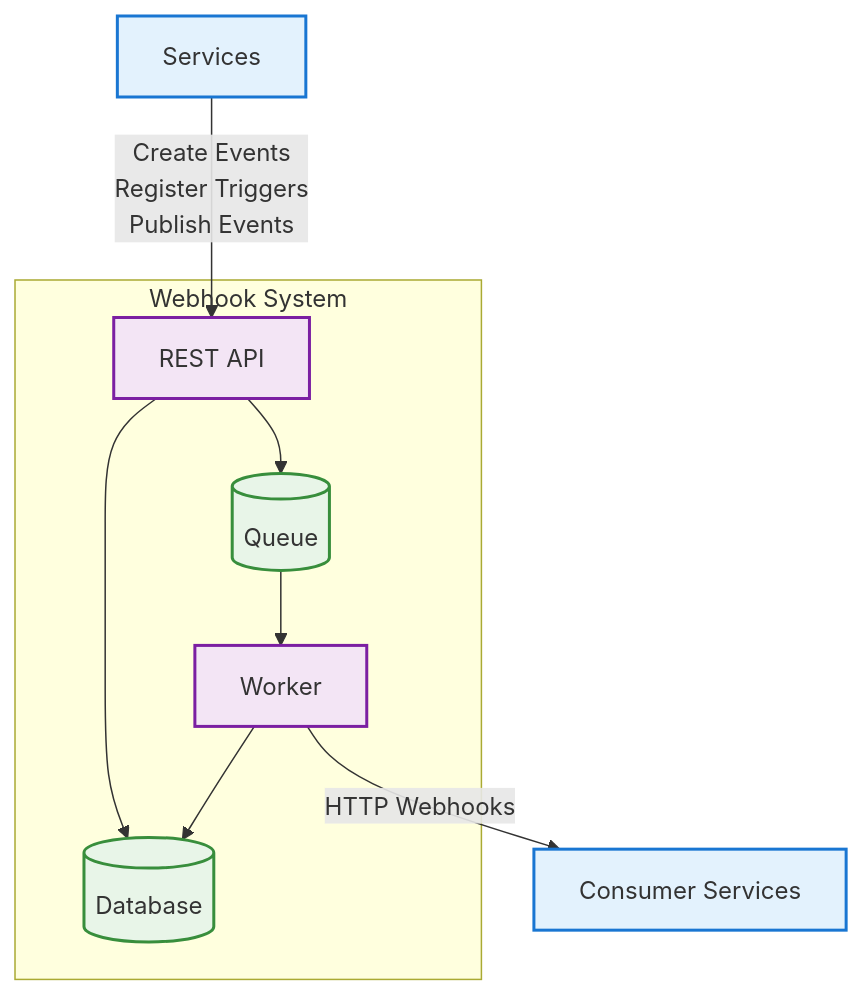
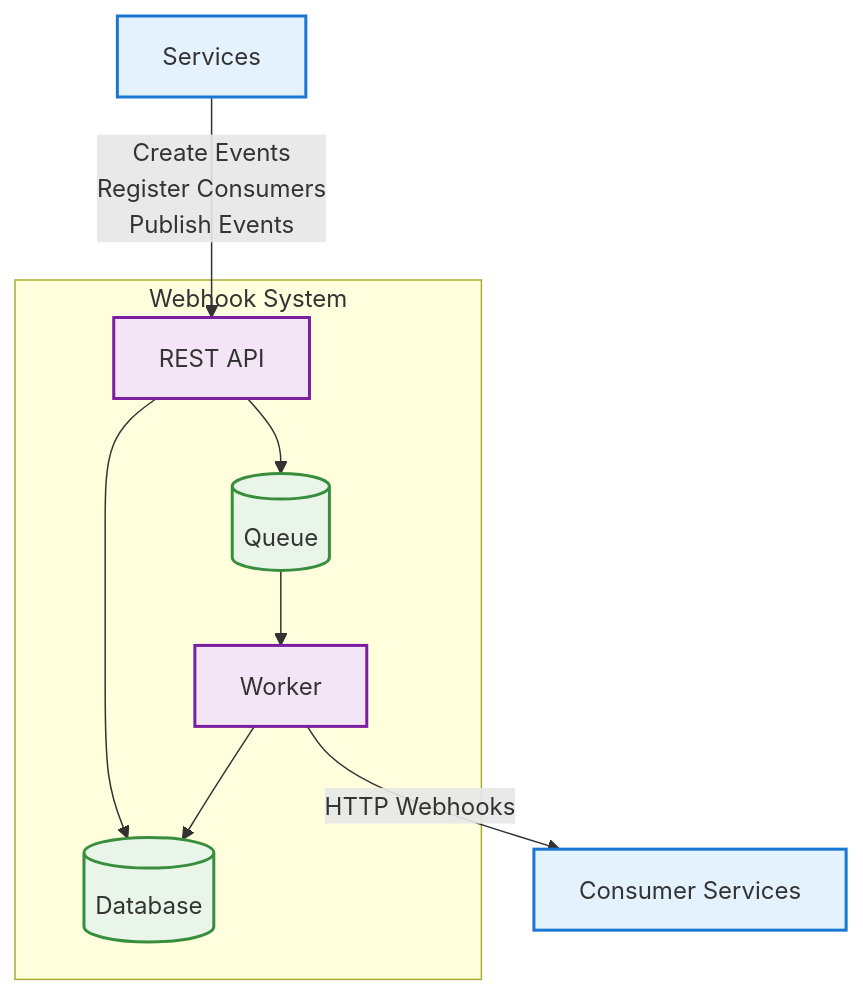
One commit to IsaacDSC/gqueue changed the diagram in README.md. Above: the diagram before and after it, drawn with Mermaid. The commit also changed 22 other files, not shown here.

````diff
--- a/README.md
+++ b/README.md
@@ -113,33 +113,33 @@
 ```mermaid
 graph TB
     %% Services
     Services[Services]
 
     %% Central Webhook System
     subgraph "Webhook System"
         API[REST API]
         Worker[Worker]
         Database[(Database)]
         Queue[(Queue)]
     end
 
     %% Consumers
     Consumers[Consumer Services]
 
     %% Flows
-    Services -->|Create Events<br/>Register Triggers<br/>Publish Events| API
+    Services -->|Create Events<br/>Register Consumers<br/>Publish Events| API
     API --> Database
     API --> Queue
     Queue --> Worker
     Worker --> Database
     Worker -->|HTTP Webhooks| Consumers
 
     %% Styles
     classDef serviceStyle fill:#e3f2fd,stroke:#1976d2,stroke-width:2px
     classDef systemStyle fill:#f3e5f5,stroke:#7b1fa2,stroke-width:2px
     classDef storageStyle fill:#e8f5e8,stroke:#388e3c,stroke-width:2px
 
     class Services,Consumers serviceStyle
     class API,Worker systemStyle
     class Database,Queue storageStyle
 ```
````
